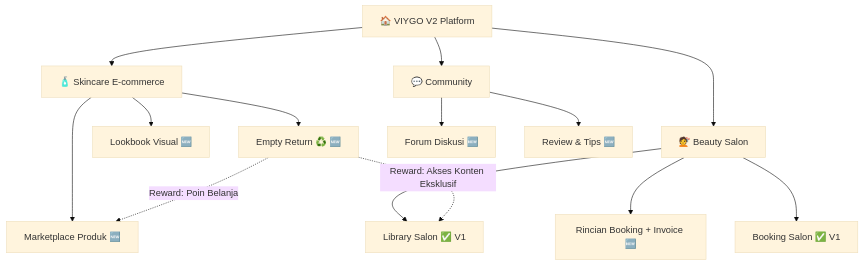
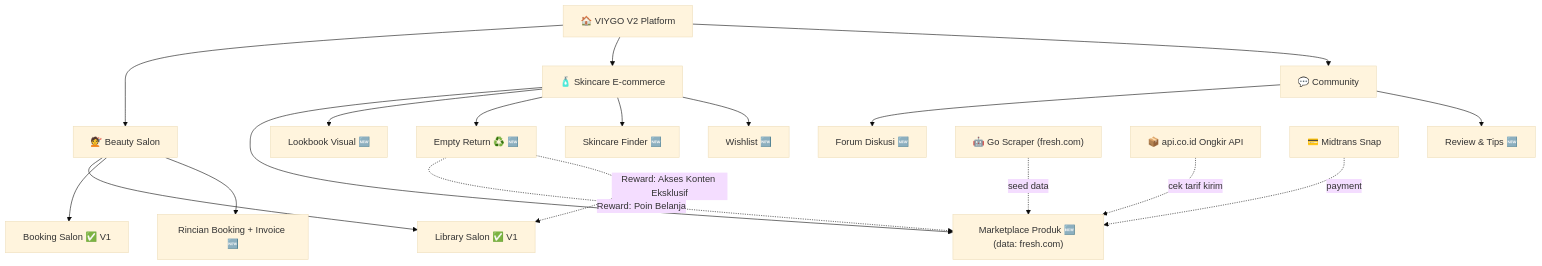
One commit to yopalll/au123-pk6m changed the first of 5 diagrams in docs/PRD_VIYGO_V2.md. Above: the diagram before and after it, drawn with Mermaid (base theme). The commit also changed other lines of this file, not shown here.

Commit message:
docs: update PRD v2.1 -- fresh.com scraper, admin store, ongkir api.co.id, wishlist, skincare finder

````diff
--- a/docs/PRD_VIYGO_V2.md
+++ b/docs/PRD_VIYGO_V2.md
@@ -34,20 +37,26 @@
 ```mermaid
 graph TD
     A["🏠 VIYGO V2 Platform"] --> B["💇 Beauty Salon"]
     A --> C["🧴 Skincare E-commerce"]
     A --> D["💬 Community"]
 
     B --> B1["Library Salon ✅ V1"]
     B --> B2["Booking Salon ✅ V1"]
     B --> B3["Rincian Booking + Invoice 🆕"]
 
-    C --> C1["Marketplace Produk 🆕"]
+    C --> C1["Marketplace Produk 🆕 (data: fresh.com)"]
     C --> C2["Lookbook Visual 🆕"]
     C --> C3["Empty Return ♻️ 🆕"]
+    C --> C4["Skincare Finder 🆕"]
+    C --> C5["Wishlist 🆕"]
 
     D --> D1["Forum Diskusi 🆕"]
     D --> D2["Review & Tips 🆕"]
 
     C3 -.->|"Reward: Poin Belanja"| C1
     C3 -.->|"Reward: Akses Konten Eksklusif"| B1
+
+    SCRAPER["🤖 Go Scraper (fresh.com)"] -.->|"seed data"| C1
+    ONGKIR["📦 api.co.id Ongkir API"] -.->|"cek tarif kirim"| C1
+    MIDTRANS["💳 Midtrans Snap"] -.->|"payment"| C1
 ```
````
